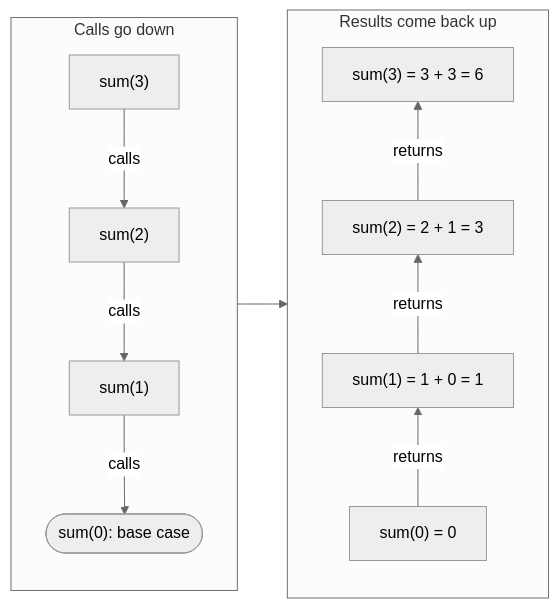
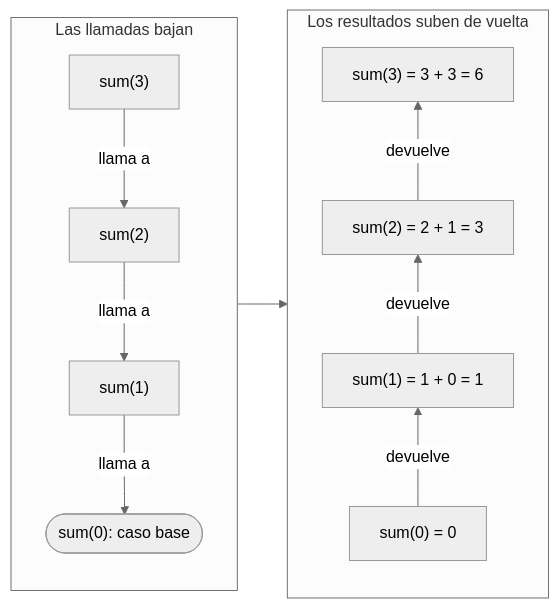
The diagram in lessons/cs-source/concepts/recursion.md (dullroar/aprende-a-programar-como-un-bicho-raro), drawn with Mermaid (neutral theme) before and after one commit. The commit also changed other lines of this file and 10 other files, not shown here.

````diff
--- a/lessons/cs-source/concepts/recursion.md
+++ b/lessons/cs-source/concepts/recursion.md
@@ -8,14 +8,14 @@
 ```mermaid
 flowchart LR
-    accTitle: Recursion moves toward a base case, then unwinds with the accumulated results
-    accDescr: Two columns for sum of 3. The left column, read downward, shows the calls moving inward. Sum of 3 calls sum of 2, which calls sum of 1, which calls sum of 0. Sum of 0 is the base case and returns 0 without calling anything. The right column, read upward, shows the results coming back outward. Sum of 1 is 1 plus 0, which is 1. Sum of 2 is 2 plus 1, which is 3. Sum of 3 is 3 plus 3, which is 6.
-    subgraph DOWN["Calls go down"]
+    accTitle: La recursión avanza hacia un caso base y luego retrocede con los resultados acumulados
+    accDescr: Dos columnas para la suma de 3. La columna izquierda, leída hacia abajo, muestra las llamadas que avanzan hacia adentro. La suma de 3 llama a la suma de 2, que llama a la suma de 1, que llama a la suma de 0. La suma de 0 es el caso base y devuelve 0 sin llamar a nada. La columna derecha, leída hacia arriba, muestra los resultados que vuelven hacia afuera. La suma de 1 es 1 más 0, que es 1. La suma de 2 es 2 más 1, que es 3. La suma de 3 es 3 más 3, que es 6.
+    subgraph DOWN["Las llamadas bajan"]
         direction TB
-        n3["sum(3)"] -->|calls| n2["sum(2)"] -->|calls| n1["sum(1)"] -->|calls| n0(["sum(0): base case"])
+        n3["sum(3)"] -->|llama a| n2["sum(2)"] -->|llama a| n1["sum(1)"] -->|llama a| n0(["sum(0): caso base"])
     end
-    subgraph UP["Results come back up"]
+    subgraph UP["Los resultados suben de vuelta"]
         direction BT
-        u0["sum(0) = 0"] -->|returns| u1["sum(1) = 1 + 0 = 1"] -->|returns| u2["sum(2) = 2 + 1 = 3"] -->|returns| u3["sum(3) = 3 + 3 = 6"]
+        u0["sum(0) = 0"] -->|devuelve| u1["sum(1) = 1 + 0 = 1"] -->|devuelve| u2["sum(2) = 2 + 1 = 3"] -->|devuelve| u3["sum(3) = 3 + 3 = 6"]
     end
     DOWN --> UP
 ```
````
